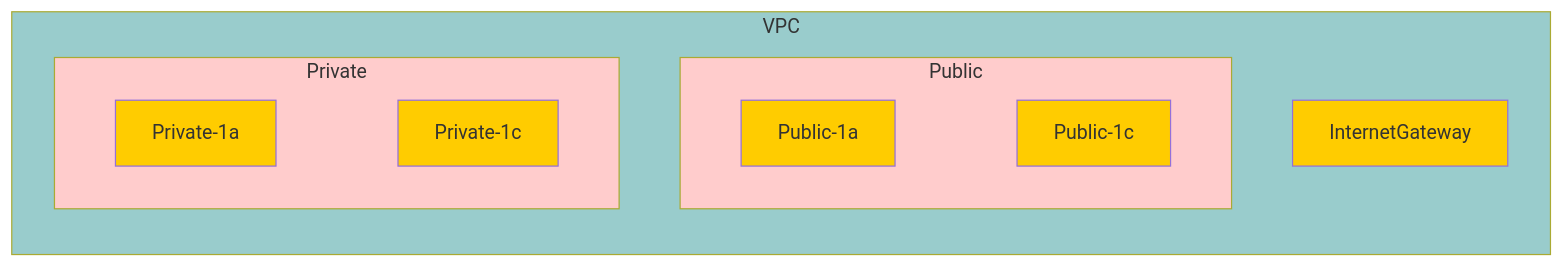
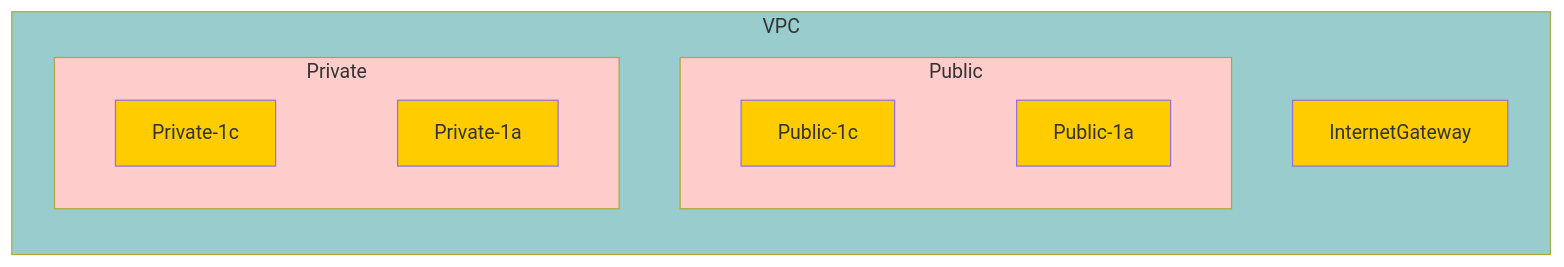
The diagram in simple_network/README.md (inamuu/Terraform-modules), drawn with Mermaid before and after one commit.

Commit message:
fix subnet position

````diff
--- a/simple_network/README.md
+++ b/simple_network/README.md
@@ -4,23 +4,23 @@
 ```mermaid
 graph RL
     subgraph VPC
         InternetGateway
          subgraph Public
-             Public-1a --- Public-1c
+             Public-1c --- Public-1a
          end
          subgraph Private
-             Private-1a --- Private-1c
+             Private-1c --- Private-1a
          end
     end
 
 style VPC fill:#9cc
 style Public fill:#fcc
 style Private fill:#fcc
 style Public-1a fill:#fc0
 style Public-1c fill:#fc0
 style Private-1a fill:#fc0
 style Private-1c fill:#fc0
 style InternetGateway fill:#fc0
 linkStyle 0 stroke:#fff,stroke-width:0px
 linkStyle 1 stroke:#fff,stroke-width:0px
 ```
````
